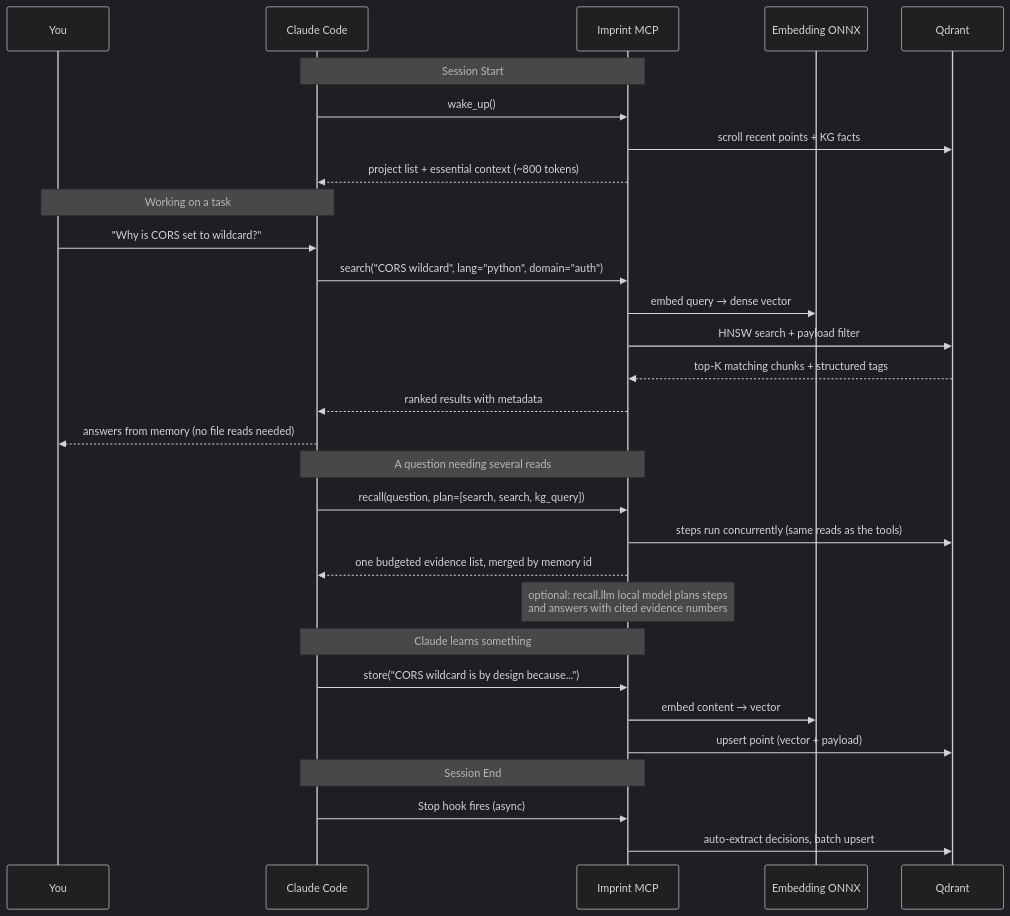
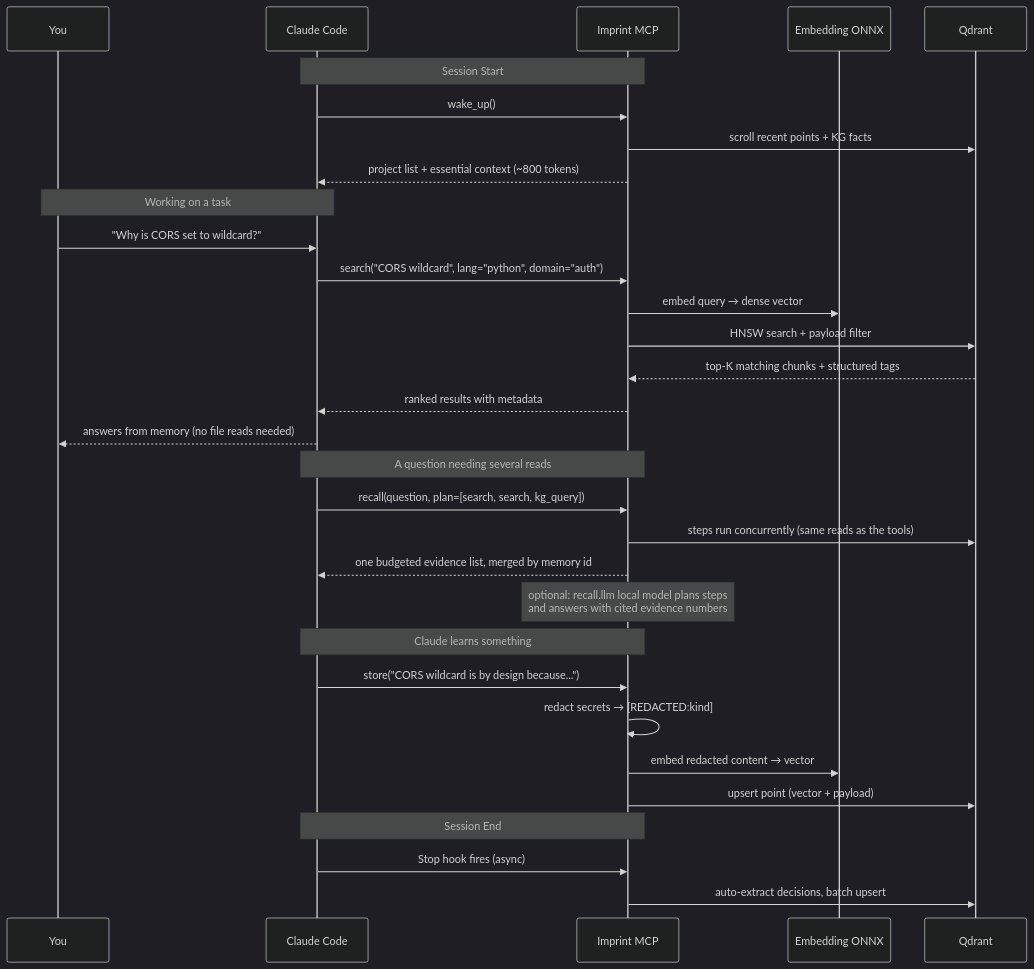
The second of 3 diagrams in docs/architecture.md (alexandruleca/imprint-memory-layer), drawn with Mermaid (dark theme) before and after one commit. The commit also changed other lines of this file and 16 other files, not shown here.

````diff
--- a/docs/architecture.md
+++ b/docs/architecture.md
@@ -101,37 +108,38 @@
 ```mermaid
 sequenceDiagram
     participant U as You
     participant C as Claude Code
     participant K as Imprint MCP
     participant E as Embedding ONNX
     participant Q as Qdrant
 
     Note over C,K: Session Start
     C->>K: wake_up()
     K->>Q: scroll recent points + KG facts
     K-->>C: project list + essential context (~800 tokens)
 
     Note over U,C: Working on a task
     U->>C: "Why is CORS set to wildcard?"
     C->>K: search("CORS wildcard", lang="python", domain="auth")
     K->>E: embed query → dense vector
     K->>Q: HNSW search + payload filter
     Q-->>K: top-K matching chunks + structured tags
     K-->>C: ranked results with metadata
     C-->>U: answers from memory (no file reads needed)
 
     Note over C,K: A question needing several reads
     C->>K: recall(question, plan=[search, search, kg_query])
     K->>Q: steps run concurrently (same reads as the tools)
     K-->>C: one budgeted evidence list, merged by memory id
     Note over K: optional: recall.llm local model plans steps<br/>and answers with cited evidence numbers
 
     Note over C,K: Claude learns something
     C->>K: store("CORS wildcard is by design because...")
-    K->>E: embed content → vector
+    K->>K: redact secrets → [REDACTED:kind]
+    K->>E: embed redacted content → vector
     K->>Q: upsert point (vector + payload)
 
     Note over C,K: Session End
     C->>K: Stop hook fires (async)
     K->>Q: auto-extract decisions, batch upsert
 ```
````
